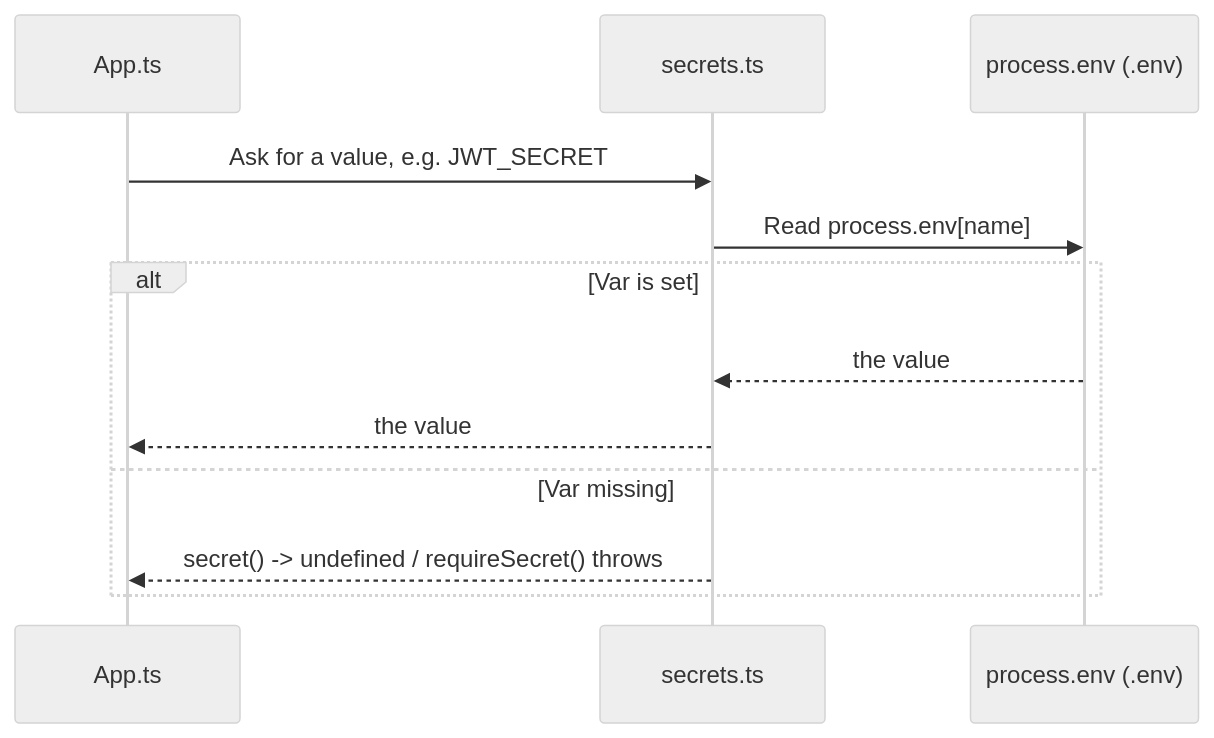
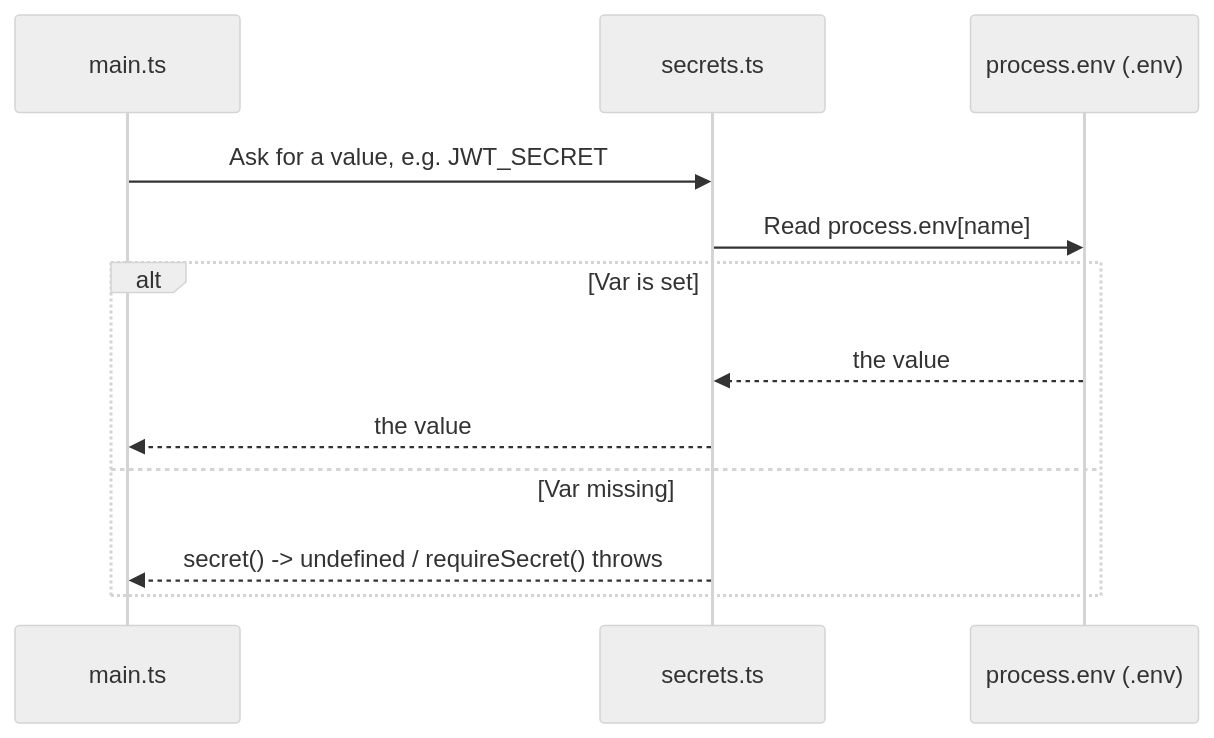
Before and after one commit to J00ZzZ/ft_transcendence: the third of 4 diagrams in docs/backend/backend-app-bootstrap-system.md, drawn with Mermaid (neutral theme). The commit also changed other lines of this file and 53 other files, not shown here.

````diff
--- a/docs/backend/backend-app-bootstrap-system.md
+++ b/docs/backend/backend-app-bootstrap-system.md
@@ -131,15 +131,15 @@
 ```mermaid
 sequenceDiagram
-    participant App as App.ts
+    participant App as main.ts
     participant Secrets as secrets.ts
     participant Env as process.env (.env)
 
     App->>Secrets: Ask for a value, e.g. JWT_SECRET
     Secrets->>Env: Read process.env[name]
     alt Var is set
         Env-->>Secrets: the value
         Secrets-->>App: the value
     else Var missing
         Secrets-->>App: secret() -> undefined / requireSecret() throws
     end
 ```
````
